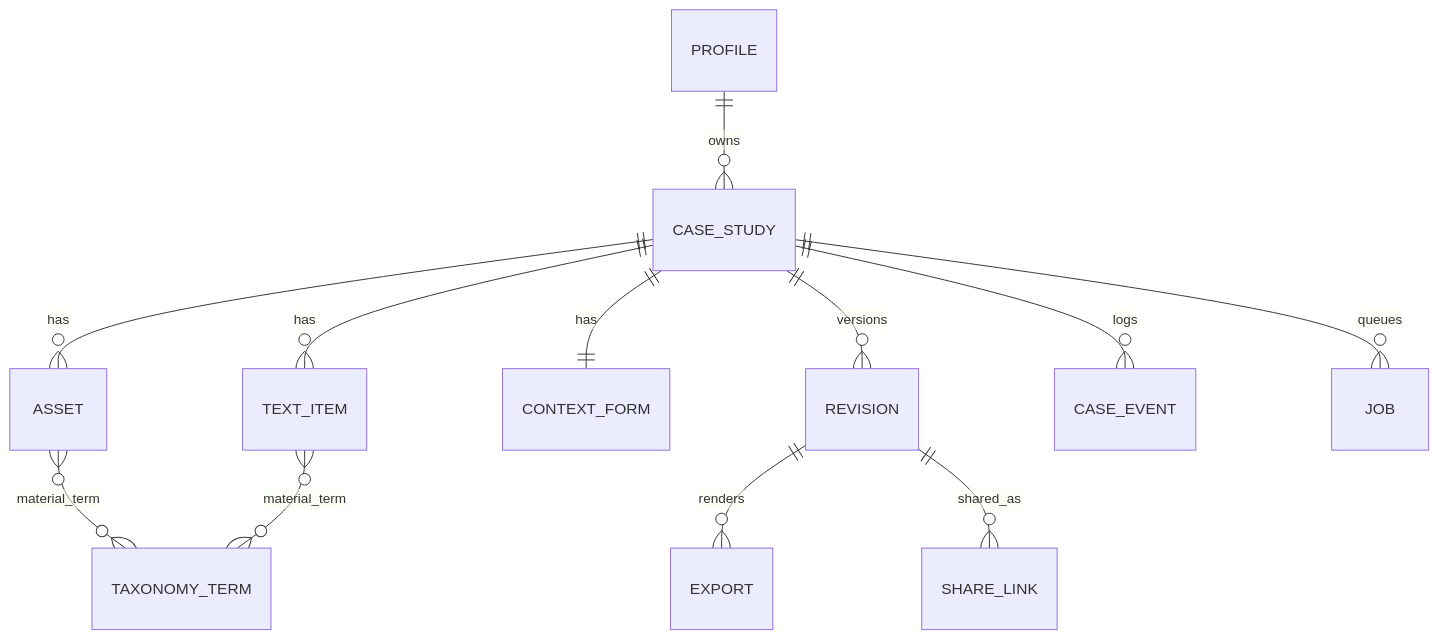
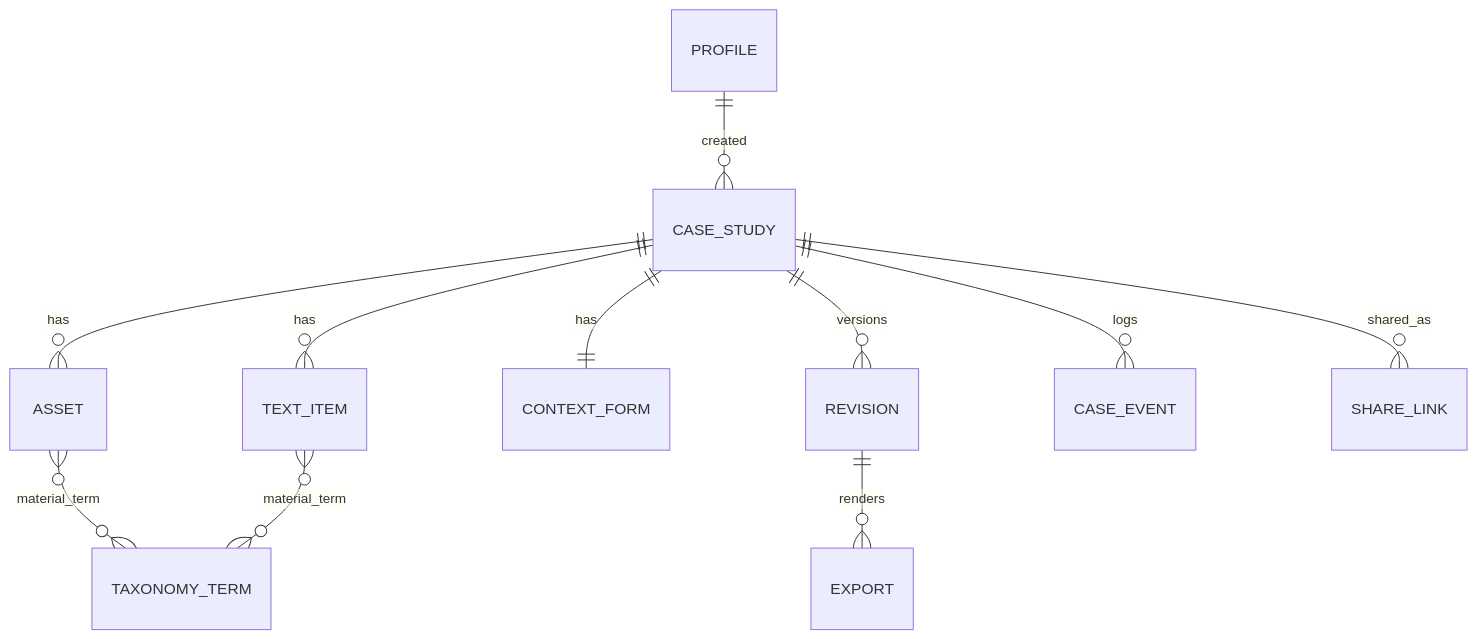
The fourth of 5 diagrams in _bmad-output/planning-artifacts/architecture/architecture-MAC Recap-2026-10-08/ARCHITECTURE-SPINE.md (mac-sonja/mac-recap), drawn with Mermaid before and after one commit. The commit also changed other lines of this file and 5 other files, not shown here.

First line of the commit message:
Update MAC Recap architecture spine to PRD v2

````diff
--- a/_bmad-output/planning-artifacts/architecture/architecture-MAC Recap-2026-10-08/ARCHITECTURE-SPINE.md
+++ b/_bmad-output/planning-artifacts/architecture/architecture-MAC Recap-2026-10-08/ARCHITECTURE-SPINE.md
@@ -344,14 +363,13 @@
 ```mermaid
 erDiagram
-  PROFILE ||--o{ CASE_STUDY : owns
+  PROFILE ||--o{ CASE_STUDY : created
   CASE_STUDY ||--o{ ASSET : has
   CASE_STUDY ||--o{ TEXT_ITEM : has
   CASE_STUDY ||--|| CONTEXT_FORM : has
   ASSET }o--o{ TAXONOMY_TERM : material_term
   TEXT_ITEM }o--o{ TAXONOMY_TERM : material_term
   CASE_STUDY ||--o{ REVISION : versions
   CASE_STUDY ||--o{ CASE_EVENT : logs
+  CASE_STUDY ||--o{ SHARE_LINK : shared_as
   REVISION ||--o{ EXPORT : renders
-  REVISION ||--o{ SHARE_LINK : shared_as
-  CASE_STUDY ||--o{ JOB : queues
 ```
````
